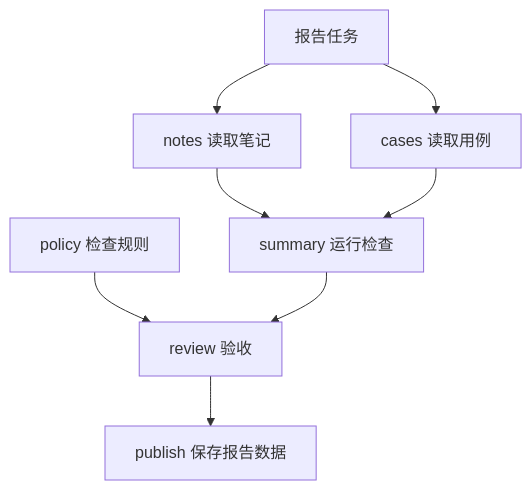
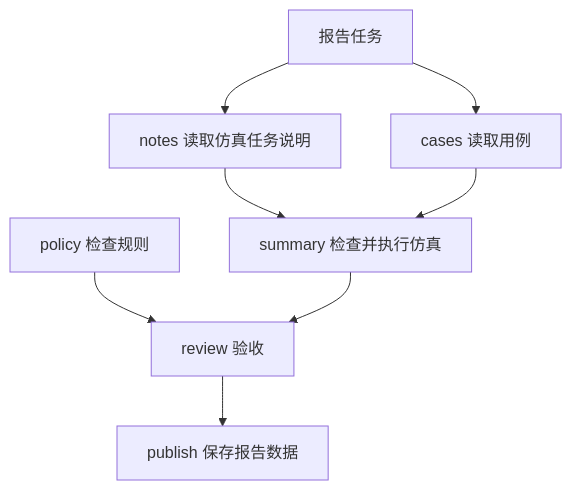
One commit to HarryYangthu/TheBestAIGuide changed the diagram in 10-Knowledge/02 Agent Harness/04-orchestration-and-scheduling/01-task-graph-and-roles.md. Above: the diagram before and after it, drawn with Mermaid. The commit also changed other lines of this file and 341 other files, not shown here.

````diff
--- a/10-Knowledge/02 Agent Harness/04-orchestration-and-scheduling/01-task-graph-and-roles.md
+++ b/10-Knowledge/02 Agent Harness/04-orchestration-and-scheduling/01-task-graph-and-roles.md
@@ -7,10 +7,10 @@
 ```mermaid
 flowchart TD
-    O["报告任务"] --> S["notes 读取笔记"]
+    O["报告任务"] --> S["notes 读取仿真任务说明"]
     O --> P["cases 读取用例"]
-    S --> Q["summary 运行检查"]
+    S --> Q["summary 检查并执行仿真"]
     P --> Q
     R["policy 检查规则"] --> V["review 验收"]
     Q --> V
     V --> F["publish 保存报告数据"]
 ```
````
